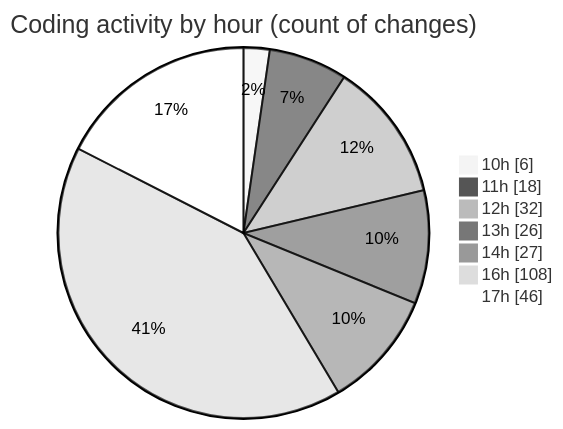
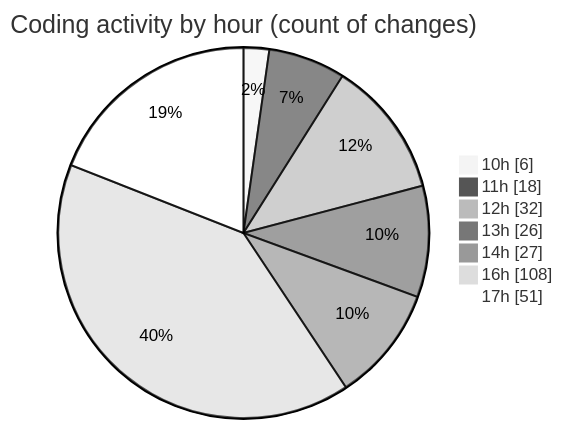
Before and after one commit to momahboobian/code-tracking: the second of 2 diagrams in 2026-09-03/cda/README.md, drawn with Mermaid (neutral theme). The commit also changed other lines of this file and 1 other file, not shown here.

````diff
--- a/2026-09-03/cda/README.md
+++ b/2026-09-03/cda/README.md
@@ -98,11 +99,11 @@
 ```mermaid
 pie showData
 title Coding activity by hour (count of changes)
 "10h" : 6
 "11h" : 18
 "12h" : 32
 "13h" : 26
 "14h" : 27
 "16h" : 108
-"17h" : 46
+"17h" : 51
 ```
````
